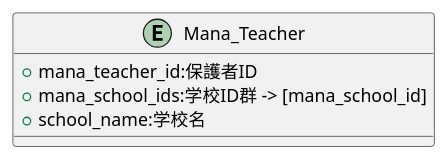
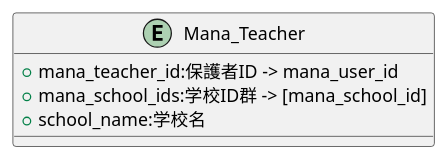
Before and after one commit to popoposorara/ERP_ER: the diagram in Entity/Mana_Teacher.pu, drawn with PlantUML. The commit also changed 14 other files, not shown here.

```diff
--- a/Entity/Mana_Teacher.pu
+++ b/Entity/Mana_Teacher.pu
@@ -1,9 +1,9 @@
 @startuml
 
 entity "Mana_Teacher" {
-    + mana_teacher_id:保護者ID
+    + mana_teacher_id:保護者ID -> mana_user_id
     + mana_school_ids:学校ID群 -> [mana_school_id]
     + school_name:学校名
 }
 
 @enduml
```
